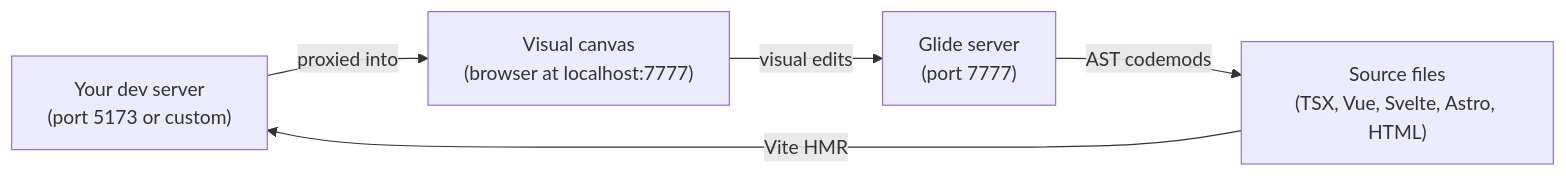
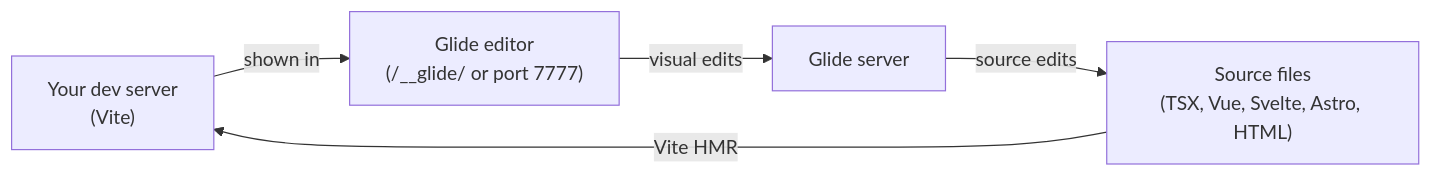
The diagram in README.md (SrivarsanK/Glide), drawn with Mermaid before and after one commit. The commit also changed other lines of this file, not shown here.

First line of the commit message:
docs(readme): describe the editor as it works now

````diff
--- a/README.md
+++ b/README.md
@@ -33,12 +33,12 @@
 ```mermaid
 flowchart LR
-    App["Your dev server\n(port 5173 or custom)"]
-    Server["Glide server\n(port 7777)"]
-    Canvas["Visual canvas\n(browser at localhost:7777)"]
+    App["Your dev server\n(Vite)"]
+    Canvas["Glide editor\n(/__glide/ or port 7777)"]
+    Server["Glide server"]
     Files["Source files\n(TSX, Vue, Svelte, Astro, HTML)"]
 
-    App -->|"proxied into"| Canvas
+    App -->|"shown in"| Canvas
     Canvas -->|"visual edits"| Server
-    Server -->|"AST codemods"| Files
+    Server -->|"source edits"| Files
     Files -->|"Vite HMR"| App
 ```
````
